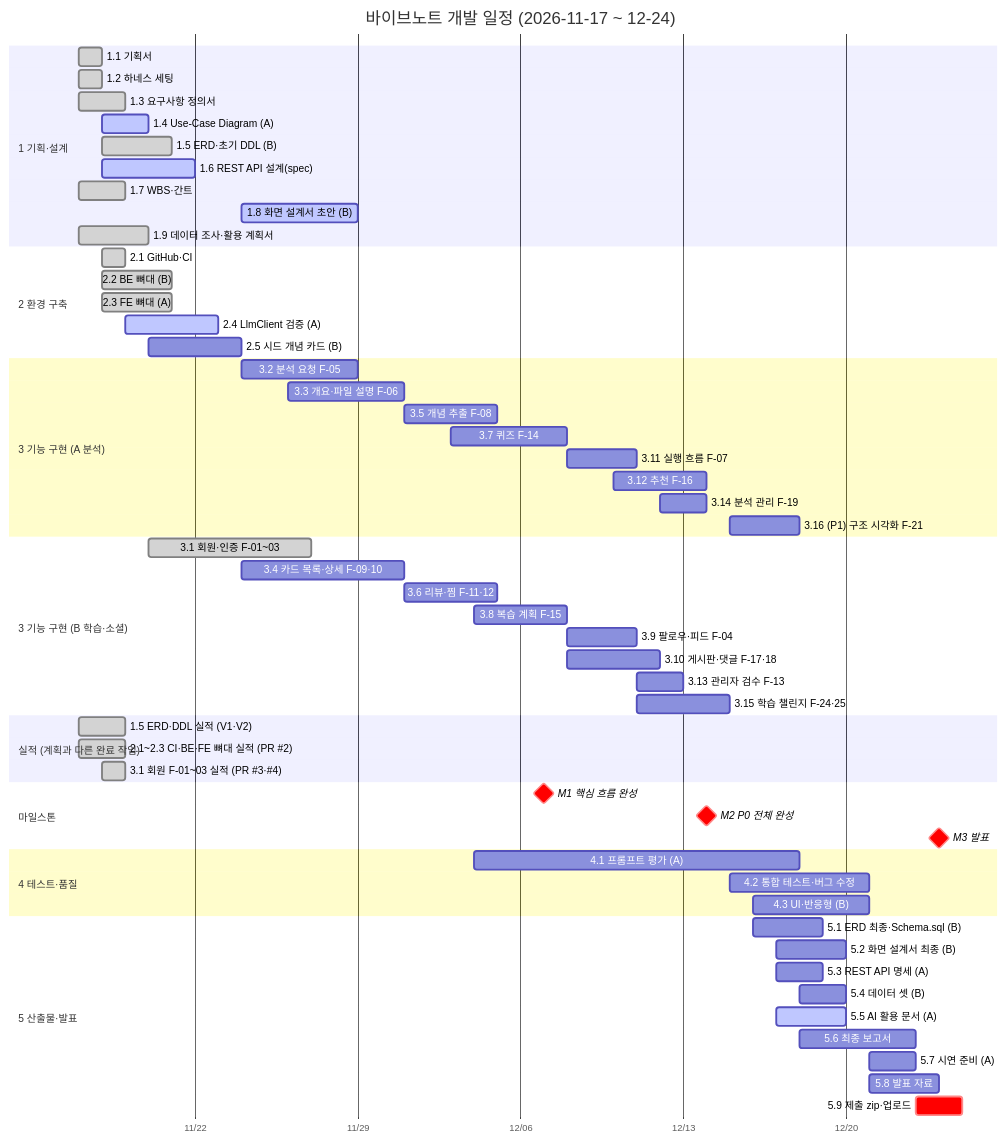
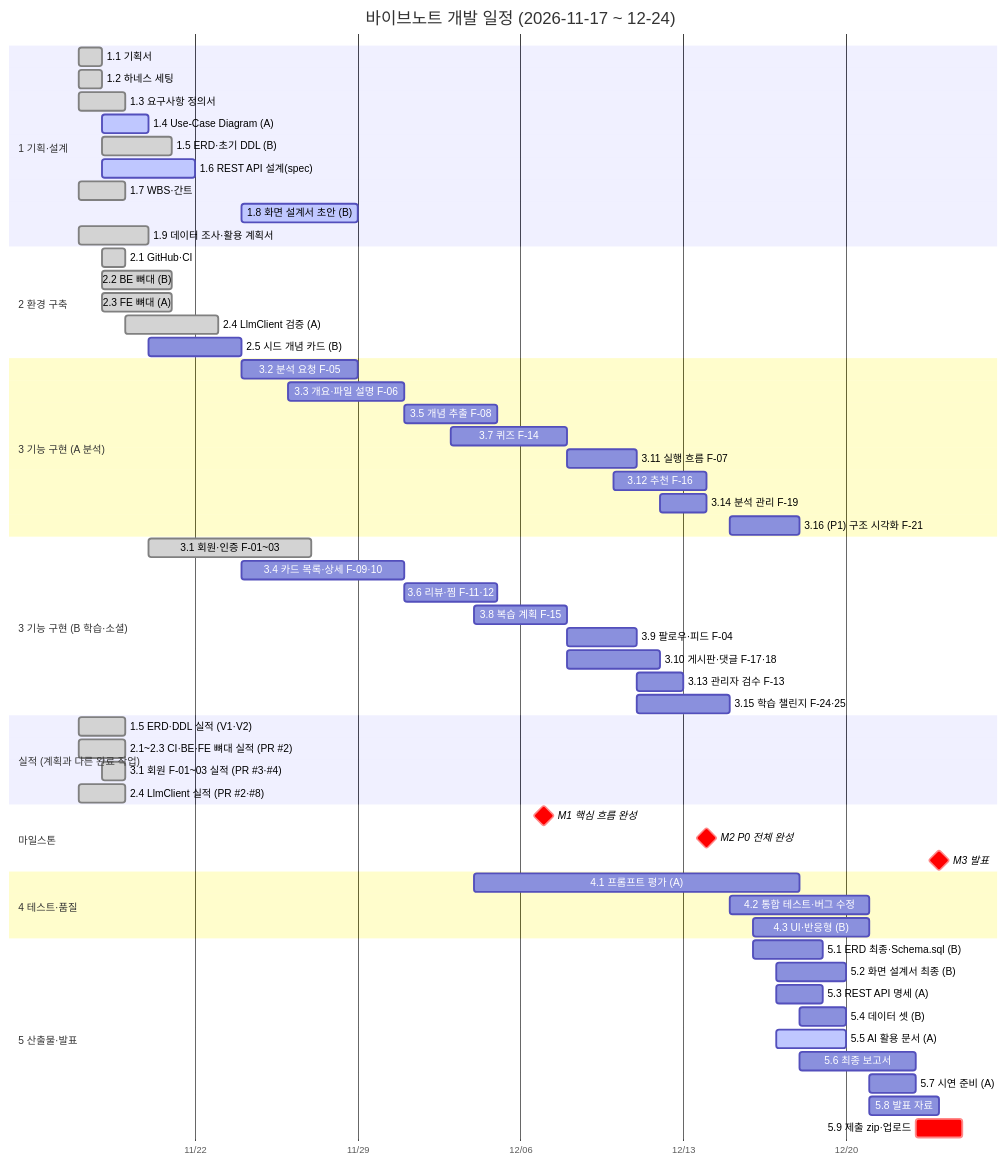
Before and after one commit to whans1996/final: the diagram in docs/산출물/05-간트차트.md, drawn with Mermaid. The commit also changed 4 other files, not shown here.

````diff
--- a/docs/산출물/05-간트차트.md
+++ b/docs/산출물/05-간트차트.md
@@ -7,71 +7,72 @@
 ```mermaid
 gantt
   title 바이브노트 개발 일정 (2026-11-17 ~ 12-24)
   dateFormat YYYY-MM-DD
   axisFormat %m/%d
   todayMarker off
 
   section 1 기획·설계
   1.1 기획서                     :done,    t11, 2026-11-17, 1d
   1.2 하네스 세팅                :done,    t12, 2026-11-17, 1d
   1.3 요구사항 정의서            :done,    t13, 2026-11-17, 2d
   1.4 Use-Case Diagram (A)       :active,  t14, 2026-11-18, 2d
   1.5 ERD·초기 DDL (B)           :done,    t15, 2026-11-18, 3d
   1.6 REST API 설계(spec)        :active,  t16, 2026-11-18, 4d
   1.7 WBS·간트                   :done,    t17, 2026-11-17, 2d
   1.8 화면 설계서 초안 (B)       :active,  t18, 2026-11-24, 5d
   1.9 데이터 조사·활용 계획서    :done,    t19, 2026-11-17, 3d
 
   section 2 환경 구축
   2.1 GitHub·CI                  :done,    t21, 2026-11-18, 1d
   2.2 BE 뼈대 (B)                :done,    t22, 2026-11-18, 3d
   2.3 FE 뼈대 (A)                :done,    t23, 2026-11-18, 3d
-  2.4 LlmClient 검증 (A)         :active,  t24, 2026-11-19, 4d
+  2.4 LlmClient 검증 (A)         :done,    t24, 2026-11-19, 4d
   2.5 시드 개념 카드 (B)         :         t25, 2026-11-20, 4d
 
   section 3 기능 구현 (A 분석)
   3.2 분석 요청 F-05             :         t32, 2026-11-24, 5d
   3.3 개요·파일 설명 F-06        :         t33, 2026-11-26, 5d
   3.5 개념 추출 F-08             :         t35, 2026-12-01, 4d
   3.7 퀴즈 F-14                  :         t37, 2026-12-03, 5d
   3.11 실행 흐름 F-07            :         t311, 2026-12-08, 3d
   3.12 추천 F-16                 :         t312, 2026-12-10, 4d
   3.14 분석 관리 F-19            :         t314, 2026-12-12, 2d
   3.16 (P1) 구조 시각화 F-21     :         t316, 2026-12-15, 3d
 
   section 3 기능 구현 (B 학습·소셜)
   3.1 회원·인증 F-01~03          :done,    t31, 2026-11-20, 7d
   3.4 카드 목록·상세 F-09·10     :         t34, 2026-11-24, 7d
   3.6 리뷰·찜 F-11·12            :         t36, 2026-12-01, 4d
   3.8 복습 계획 F-15             :         t38, 2026-12-04, 4d
   3.9 팔로우·피드 F-04           :         t39, 2026-12-08, 3d
   3.10 게시판·댓글 F-17·18       :         t310, 2026-12-08, 4d
   3.13 관리자 검수 F-13          :         t313, 2026-12-11, 2d
   3.15 학습 챌린지 F-24·25       :         t315, 2026-12-11, 4d
 
   section 실적 (계획과 다른 완료 작업)
   1.5 ERD·DDL 실적 (V1·V2)       :done,    a15, 2026-11-17, 2d
   2.1~2.3 CI·BE·FE 뼈대 실적 (PR #2) :done, a21, 2026-11-17, 2d
   3.1 회원 F-01~03 실적 (PR #3·#4) :done,  a31, 2026-11-18, 1d
+  2.4 LlmClient 실적 (PR #2·#8) :done,    a24, 2026-11-17, 2d
 
   section 마일스톤
   M1 핵심 흐름 완성              :milestone, crit, m1, 2026-12-07, 0d
   M2 P0 전체 완성                :milestone, crit, m2, 2026-12-14, 0d
   M3 발표                        :milestone, crit, m3, 2026-12-24, 0d
 
   section 4 테스트·품질
   4.1 프롬프트 평가 (A)          :         t41, 2026-12-04, 14d
   4.2 통합 테스트·버그 수정      :         t42, 2026-12-15, 6d
   4.3 UI·반응형 (B)              :         t43, 2026-12-16, 5d
 
   section 5 산출물·발표
   5.1 ERD 최종·Schema.sql (B)    :         t51, 2026-12-16, 3d
   5.2 화면 설계서 최종 (B)       :         t52, 2026-12-17, 3d
   5.3 REST API 명세 (A)          :         t53, 2026-12-17, 2d
   5.4 데이터 셋 (B)              :         t54, 2026-12-18, 2d
   5.5 AI 활용 문서 (A)           :active,  t55, 2026-12-17, 3d
   5.6 최종 보고서                :         t56, 2026-12-18, 5d
   5.7 시연 준비 (A)              :         t57, 2026-12-21, 2d
   5.8 발표 자료                  :         t58, 2026-12-21, 3d
   5.9 제출 zip·업로드            :crit,    t59, 2026-12-23, 2d
 ```
````
